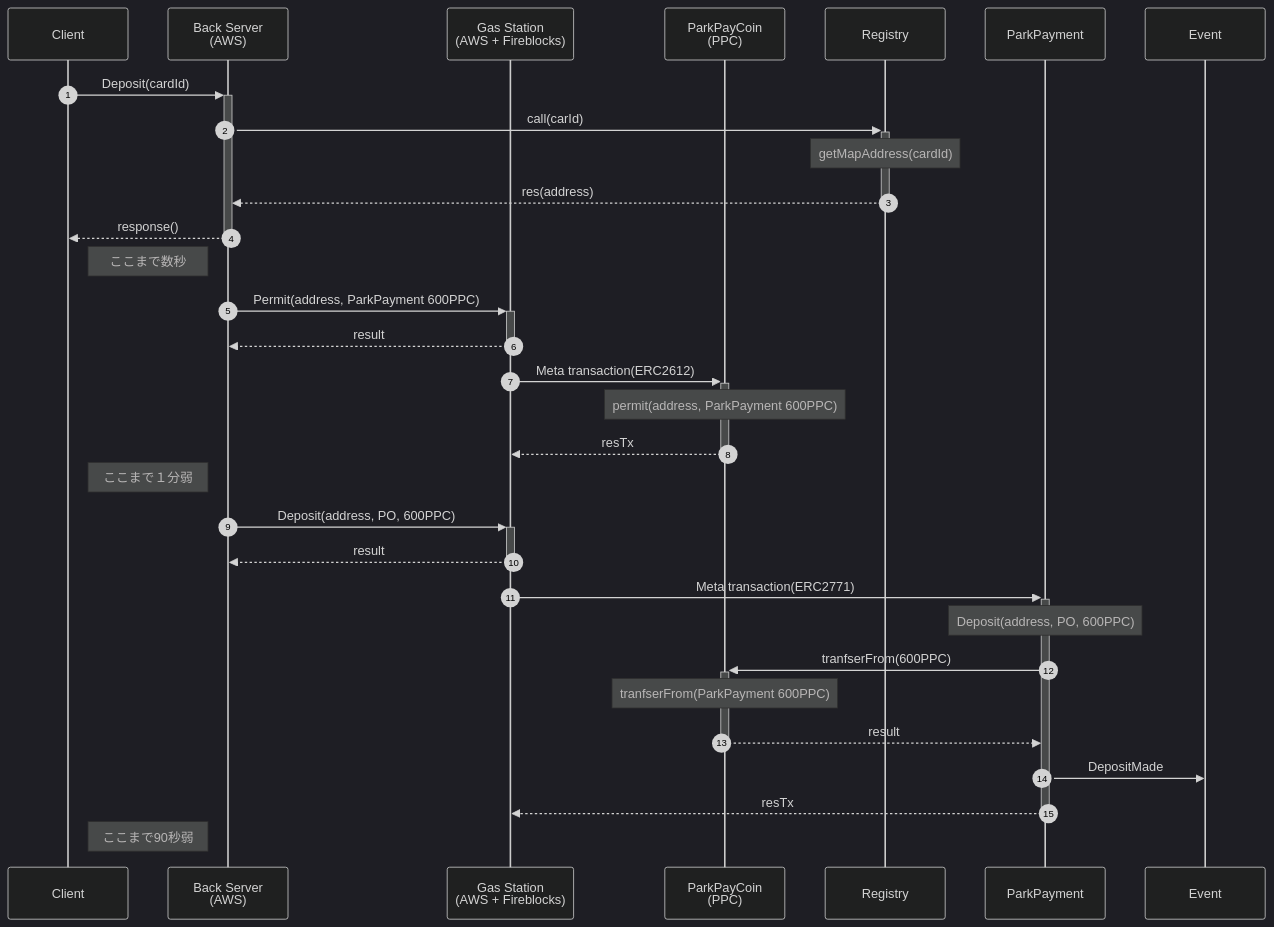
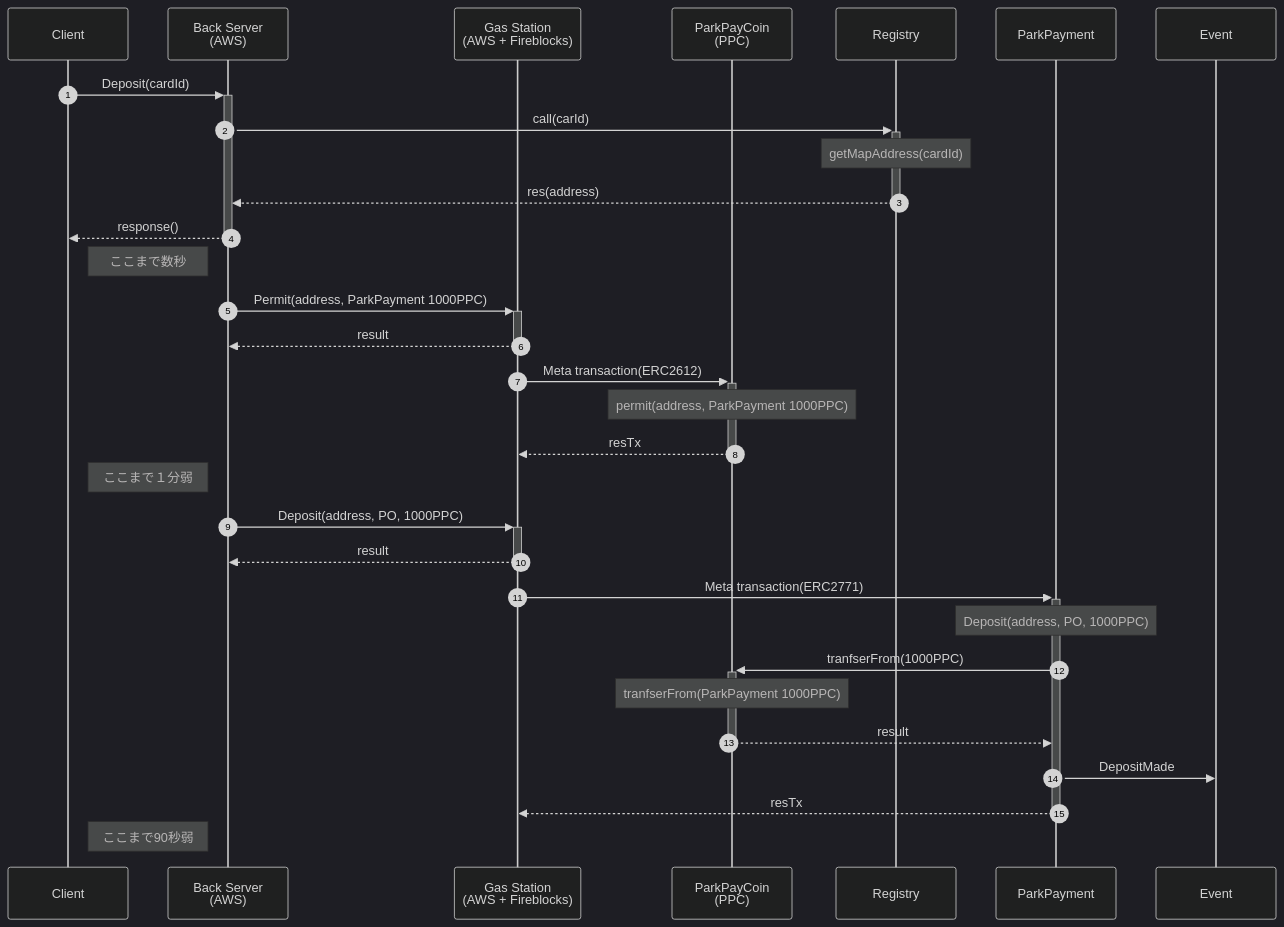
Before and after one commit to mahiroaug/ParkingPayment: the fourth of 7 diagrams in README.md, drawn with Mermaid (dark theme). The commit also changed other lines of this file and 3 other files, not shown here.

````diff
--- a/README.md
+++ b/README.md
@@ -452,41 +516,41 @@
 ```mermaid
 sequenceDiagram
 
     participant Client as Client
     participant Back as Back Server<br>(AWS)
     participant GSN as Gas Station<br>(AWS + Fireblocks)
     participant PPC as ParkPayCoin<br>(PPC)
     participant Registry
     participant ParkPayment
     participant Event
     autonumber
 
     Client->>+Back: Deposit(cardId)
     Back->>+Registry: call(carId)
     Note over Registry: getMapAddress(cardId)
     Registry-->>-Back: res(address)
     Back-->>-Client: response()
 
     Note left of Back:ここまで数秒
 
-    Back->>+GSN: Permit(address, ParkPayment 600PPC)
+    Back->>+GSN: Permit(address, ParkPayment 1000PPC)
     GSN-->>-Back: result
     GSN->>+PPC: Meta transaction(ERC2612)
-    Note over PPC: permit(address, ParkPayment 600PPC)
+    Note over PPC: permit(address, ParkPayment 1000PPC)
     PPC-->>-GSN: resTx
 
     Note left of Back:ここまで１分弱
 
-    Back->>+GSN: Deposit(address, PO, 600PPC)
+    Back->>+GSN: Deposit(address, PO, 1000PPC)
     GSN-->>-Back: result
     GSN->>+ParkPayment: Meta transaction(ERC2771)
-    Note over ParkPayment: Deposit(address, PO, 600PPC)
-    ParkPayment->>+PPC: tranfserFrom(600PPC)
-    Note over PPC: tranfserFrom(ParkPayment 600PPC)
+    Note over ParkPayment: Deposit(address, PO, 1000PPC)
+    ParkPayment->>+PPC: tranfserFrom(1000PPC)
+    Note over PPC: tranfserFrom(ParkPayment 1000PPC)
     PPC-->>-ParkPayment: result
     ParkPayment->>Event: DepositMade
     ParkPayment-->>-GSN: resTx
 
     Note left of Back:ここまで90秒弱
 
 ```
````
